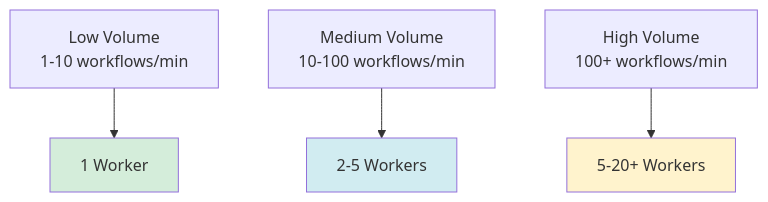
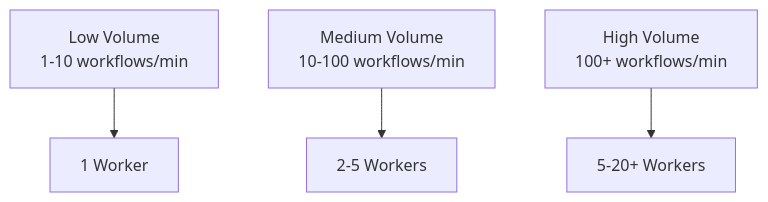
Before and after one commit to wtoloza-dev/ZTH-n8n-Engineer: the seventh of 11 diagrams in lessons/01-foundations/theory/04-architecture.md, drawn with Mermaid. The commit also changed other lines of this file and 31 other files, not shown here.

````diff
--- a/lessons/01-foundations/theory/04-architecture.md
+++ b/lessons/01-foundations/theory/04-architecture.md
@@ -200,10 +184,7 @@
 ```mermaid
 graph TD
     A[Low Volume<br/>1-10 workflows/min] --> B[1 Worker]
     C[Medium Volume<br/>10-100 workflows/min] --> D[2-5 Workers]
     E[High Volume<br/>100+ workflows/min] --> F[5-20+ Workers]
     
-    style B fill:#d4edda
-    style D fill:#d1ecf1
-    style F fill:#fff3cd
 ```
````
